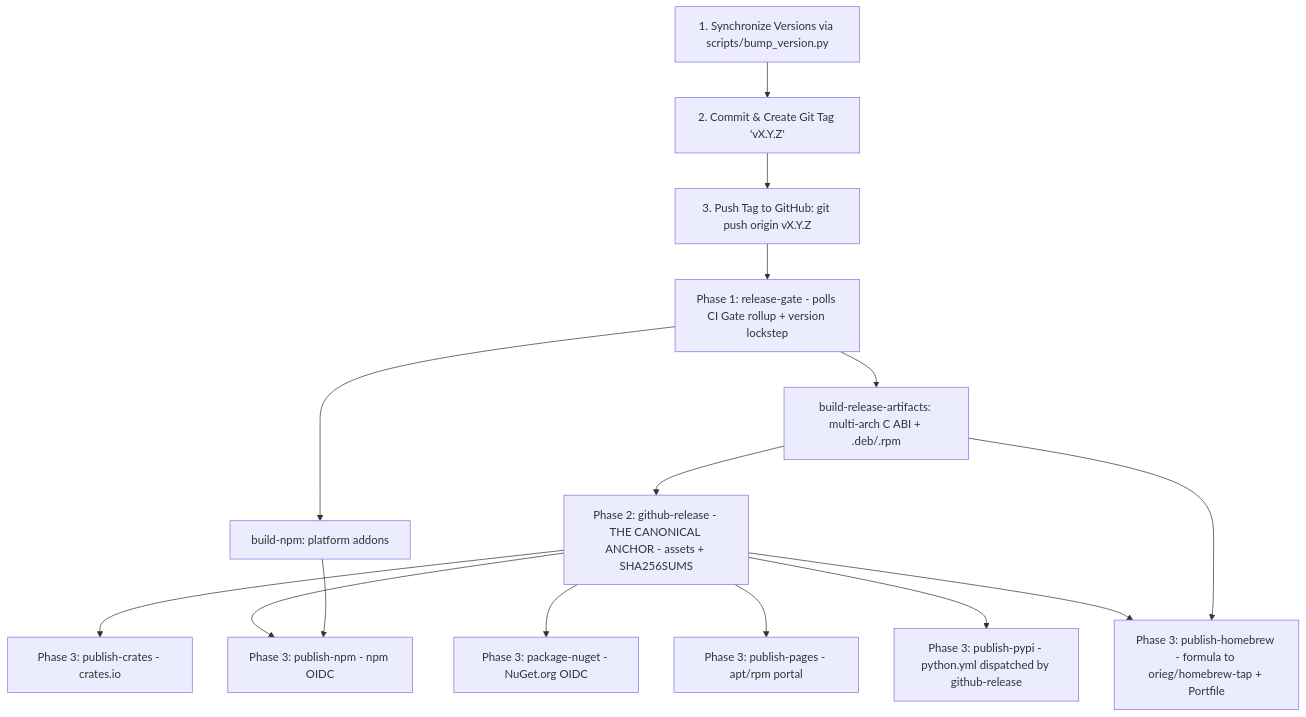
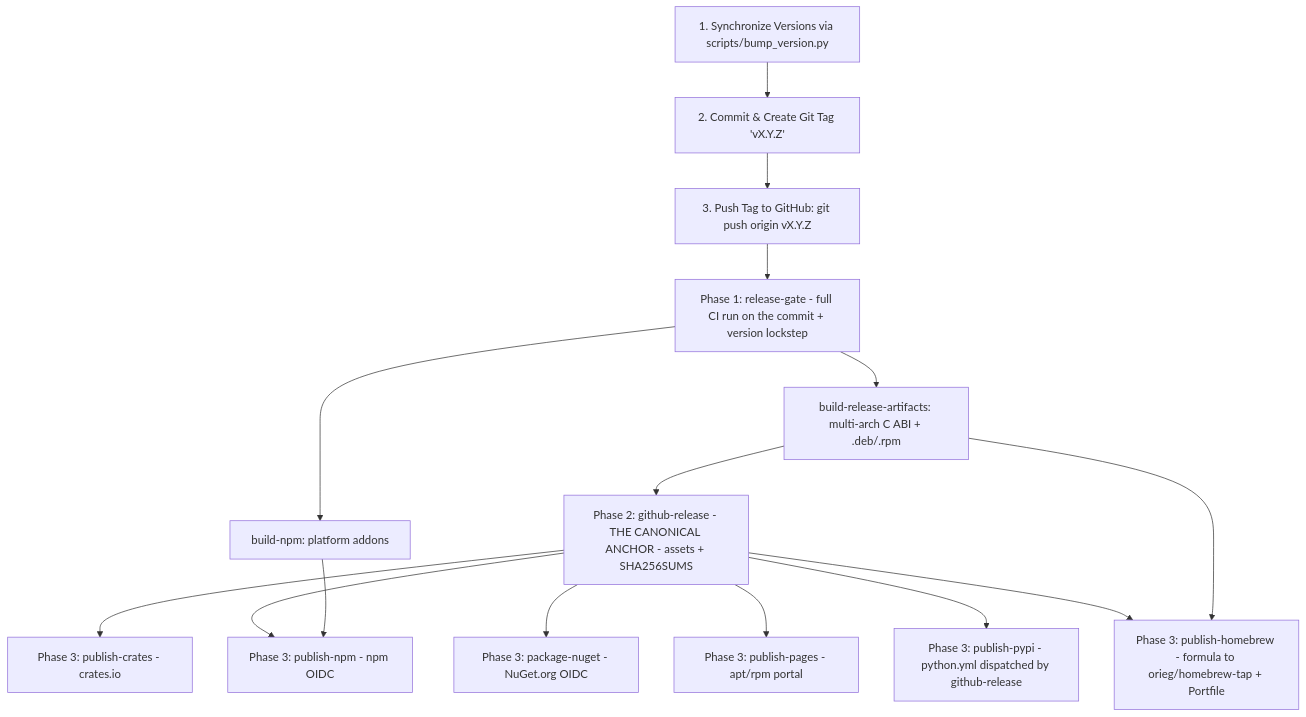
The diagram in docs/PACKAGING.md (orieg/expanse), drawn with Mermaid before and after one commit. The commit also changed other lines of this file and 11 other files, not shown here.

First line of the commit message:
ci: gate slow lanes behind a fast lane; drafts and main pushes run it alone; trim version axes; CodeQL/Python daily (#1183)

````diff
--- a/docs/PACKAGING.md
+++ b/docs/PACKAGING.md
@@ -16,19 +16,19 @@
 ```mermaid
 graph TD
     A[1. Synchronize Versions via scripts/bump_version.py] --> C[2. Commit & Create Git Tag 'vX.Y.Z']
     C --> D[3. Push Tag to GitHub: git push origin vX.Y.Z]
-    D --> E[Phase 1: release-gate - polls CI Gate rollup + version lockstep]
+    D --> E[Phase 1: release-gate - full CI run on the commit + version lockstep]
 
     E --> F[build-release-artifacts: multi-arch C ABI + .deb/.rpm]
     E --> G[build-npm: platform addons]
     F --> H[Phase 2: github-release - THE CANONICAL ANCHOR - assets + SHA256SUMS]
 
     H --> I[Phase 3: publish-crates - crates.io]
     H --> J[Phase 3: publish-npm - npm OIDC]
     H --> K[Phase 3: package-nuget - NuGet.org OIDC]
     H --> L[Phase 3: publish-pages - apt/rpm portal]
     H --> M[Phase 3: publish-pypi - python.yml dispatched by github-release]
     H --> N[Phase 3: publish-homebrew - formula to orieg/homebrew-tap + Portfile]
     F --> N
     G --> J
 ```
````
